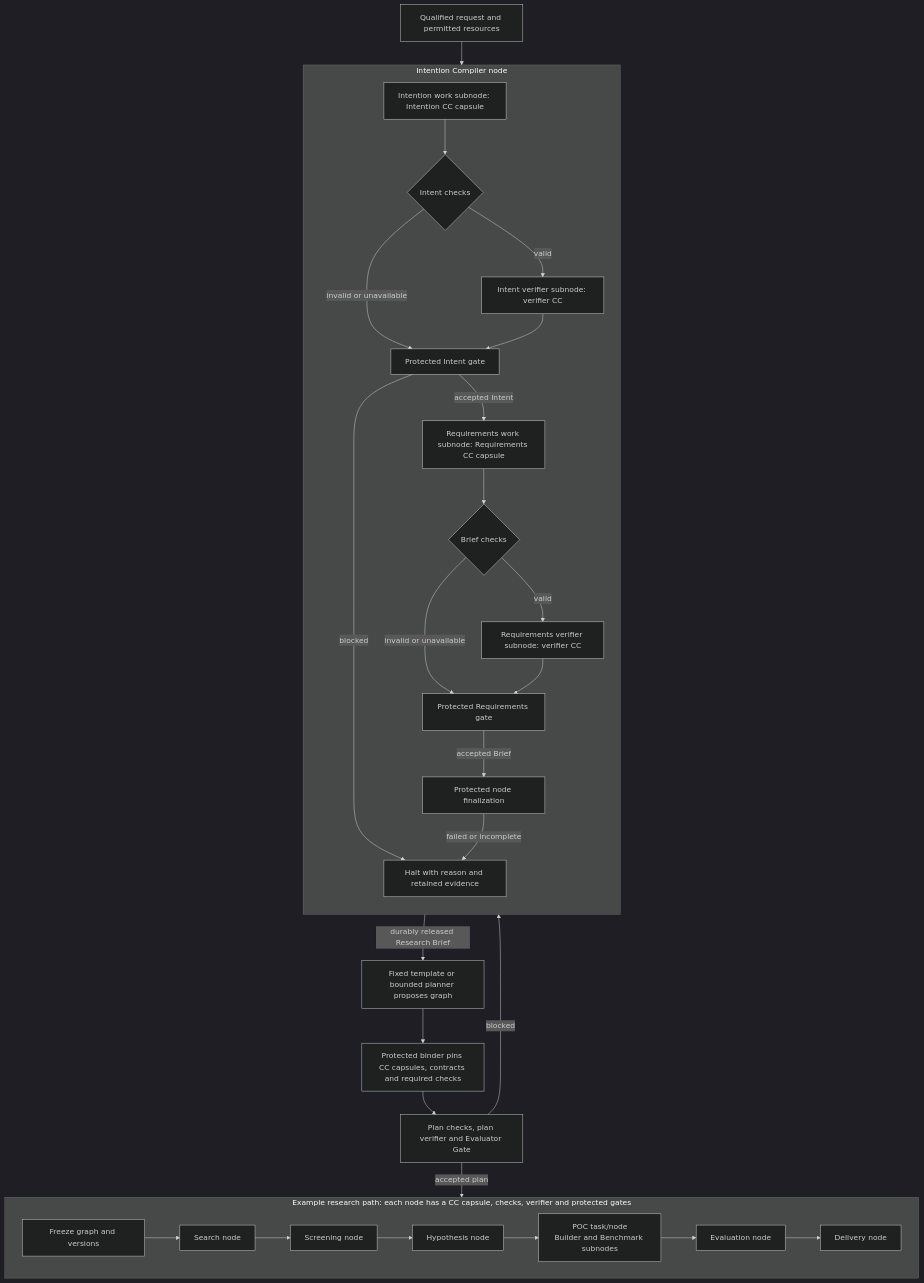
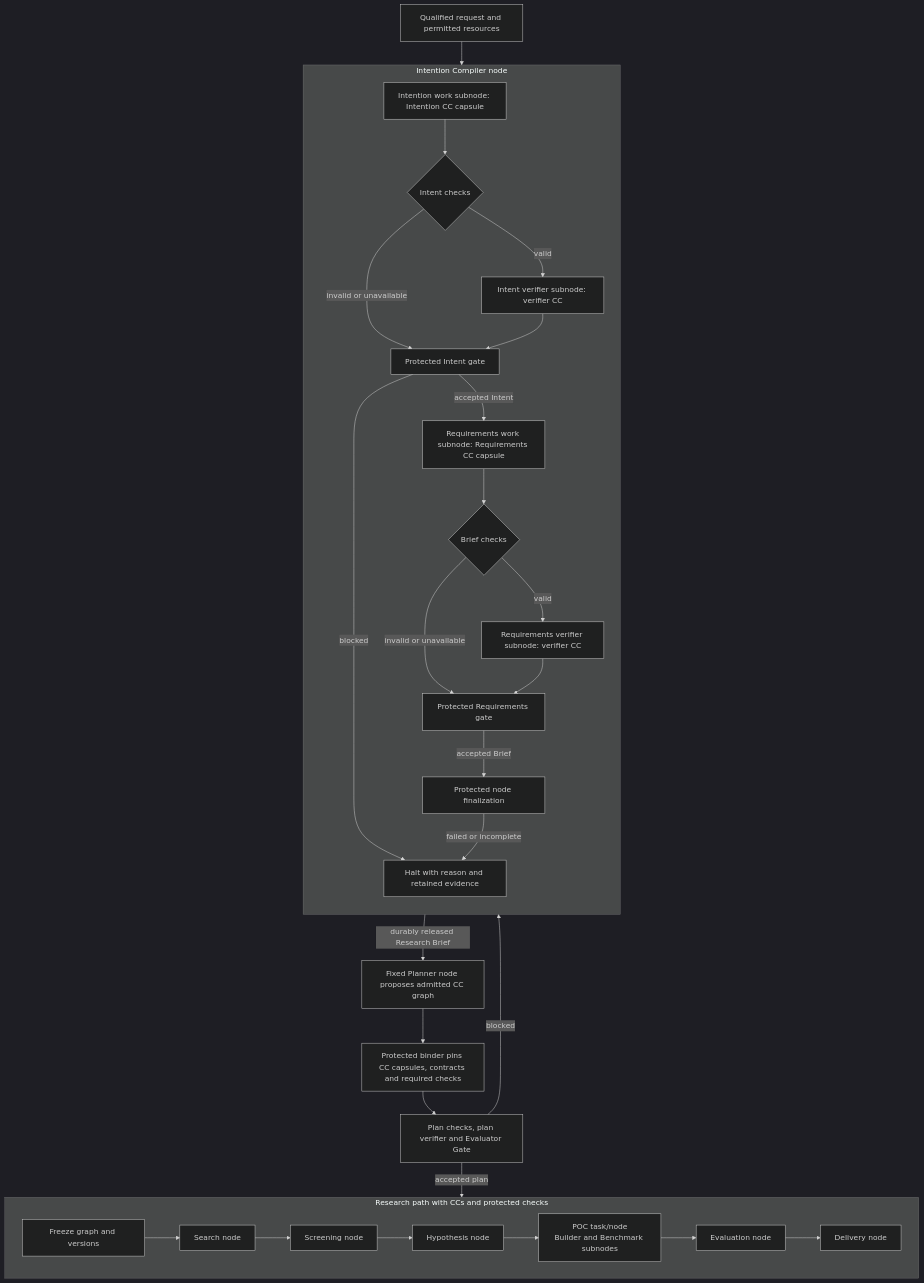
Before and after one commit to Stellven/jiuwenswarm: the first of 3 diagrams in docs/architecture/design-package/m1-design.md, drawn with Mermaid (dark theme). The commit also changed other lines of this file and 114 other files, not shown here.

````diff
--- a/docs/architecture/design-package/m1-design.md
+++ b/docs/architecture/design-package/m1-design.md
@@ -9,33 +9,33 @@
 ```mermaid
 flowchart TB
     I[Qualified request and permitted resources] --> C
     subgraph Compiler[Intention Compiler node]
         direction TB
         C[Intention work subnode: Intention CC capsule] --> D1{Intent checks}
         D1 -->|valid| V1[Intent verifier subnode: verifier CC]
         D1 -->|invalid or unavailable| G1[Protected Intent gate]
         V1 --> G1
         G1 -->|accepted Intent| R[Requirements work subnode: Requirements CC capsule]
         G1 -->|blocked| H[Halt with reason and retained evidence]
         R --> D2{Brief checks}
         D2 -->|valid| V2[Requirements verifier subnode: verifier CC]
         D2 -->|invalid or unavailable| G2[Protected Requirements gate]
         V2 --> G2
         G2 -->|accepted Brief| NG[Protected node finalization]
         NG -->|failed or incomplete| H
     end
-    NG -->|durably released Research Brief| P[Fixed template or bounded planner proposes graph]
+    NG -->|durably released Research Brief| P[Fixed Planner node proposes admitted CC graph]
     P --> Bind[Protected binder pins CC capsules, contracts and required checks]
     Bind --> PG[Plan checks, plan verifier and Evaluator Gate]
     PG -->|accepted plan| F[Freeze graph and versions]
     PG -->|blocked| H
-    subgraph Example[Example research path: each node has a CC capsule, checks, verifier and protected gates]
+    subgraph Example[Research path with CCs and protected checks]
       direction LR
       F --> S[Search node]
       S --> O[Screening node]
       O --> B[Hypothesis node]
       B --> K[POC task/node<br/>Builder and Benchmark subnodes]
       K --> E[Evaluation node]
       E --> T[Delivery node]
     end
 ```
````
